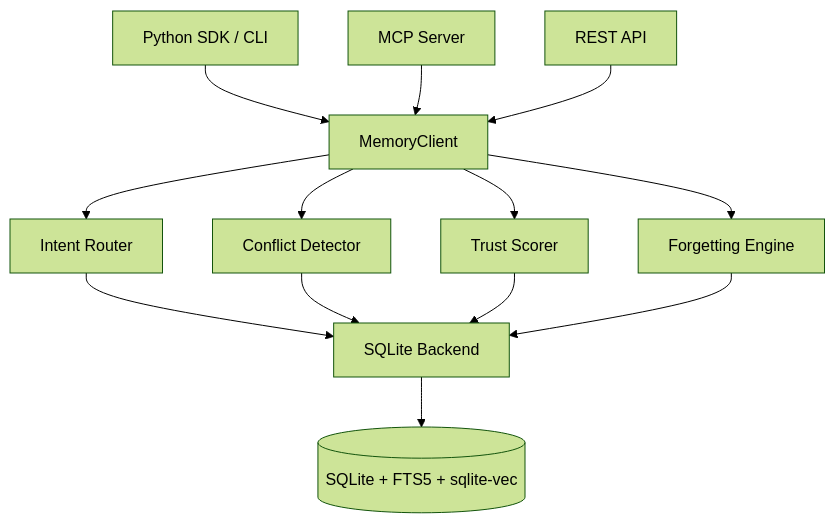
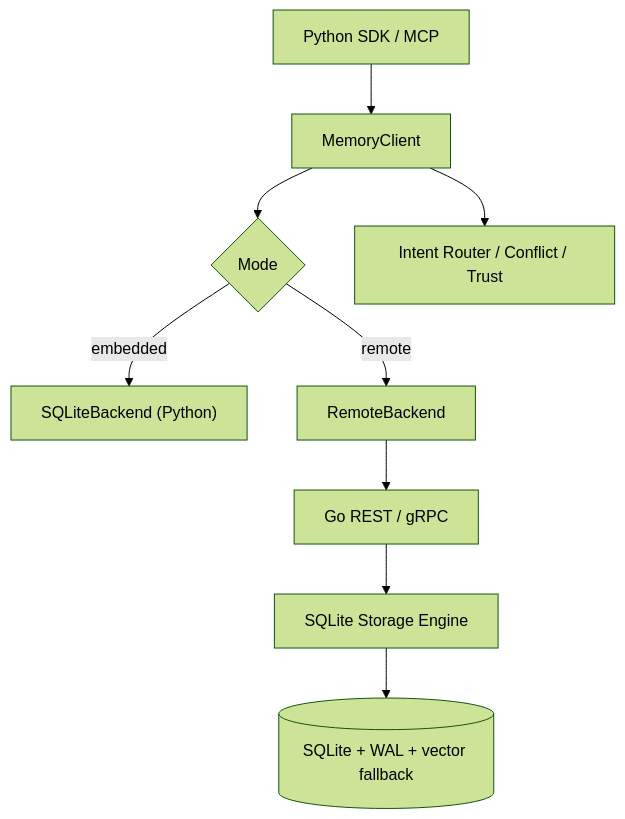
Before and after one commit to bakebakebakebake/agent-memory: the diagram in README.md, drawn with Mermaid (forest theme). The commit also changed other lines of this file and 70 other files, not shown here.

Commit message:
feat: add Go service layer and remote backend

````diff
--- a/README.md
+++ b/README.md
@@ -90,15 +107,11 @@
 ```mermaid
 graph TD
-    A["Python SDK / CLI"] --> B["MemoryClient"]
-    C["MCP Server"] --> B
-    D["REST API"] --> B
-    B --> E["Intent Router"]
-    B --> F["Conflict Detector"]
-    B --> G["Trust Scorer"]
-    B --> H["Forgetting Engine"]
-    E --> I["SQLite Backend"]
-    F --> I
-    G --> I
-    H --> I
-    I --> J[("SQLite + FTS5 + sqlite-vec")]
+    A["Python SDK / MCP"] --> B["MemoryClient"]
+    B --> C{"Mode"}
+    C -->|"embedded"| D["SQLiteBackend (Python)"]
+    C -->|"remote"| E["RemoteBackend"]
+    E --> F["Go REST / gRPC"]
+    F --> G["SQLite Storage Engine"]
+    G --> H[("SQLite + WAL + vector fallback")]
+    B --> I["Intent Router / Conflict / Trust"]
 ```
````
